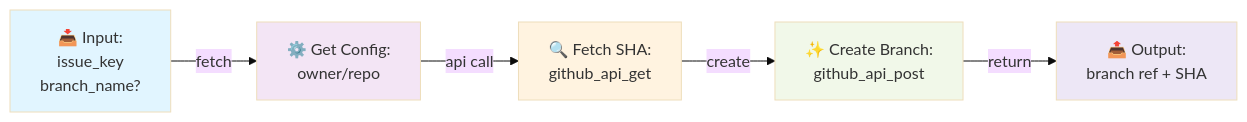
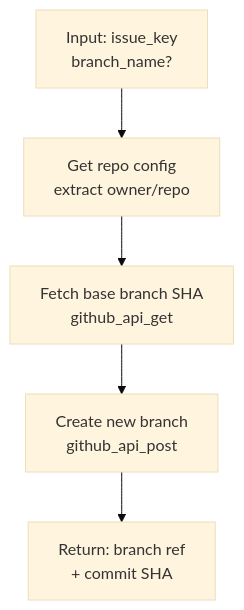
One commit to TamarEngel/jira-github-mcp changed the third of 5 diagrams in docs/architecture.md. Above: the diagram before and after it, drawn with Mermaid (base theme). The commit also changed other lines of this file, not shown here.

````diff
--- a/docs/architecture.md
+++ b/docs/architecture.md
@@ -63,13 +67,10 @@
 ```mermaid
-graph LR
-    A["📥 Input:<br/>issue_key<br/>branch_name?"] -->|fetch| B["⚙️ Get Config:<br/>owner/repo"]
-    B -->|api call| C["🔍 Fetch SHA:<br/>github_api_get"]
-    C -->|create| D["✨ Create Branch:<br/>github_api_post"]
-    D -->|return| E["📤 Output:<br/>branch ref + SHA"]
+graph TD
+    A["Input: issue_key<br/>branch_name?"]
+    B["Get repo config<br/>extract owner/repo"]
+    C["Fetch base branch SHA<br/>github_api_get"]
+    D["Create new branch<br/>github_api_post"]
+    E["Return: branch ref<br/>+ commit SHA"]
     
-    style A fill:#e1f5ff
-    style B fill:#f3e5f5
-    style C fill:#fff3e0
-    style D fill:#f1f8e9
-    style E fill:#ede7f6
+    A --> B --> C --> D --> E
 ```
````
